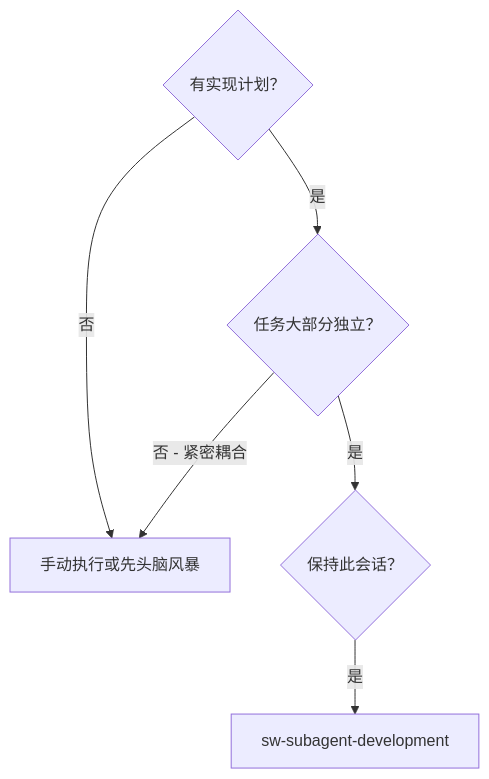
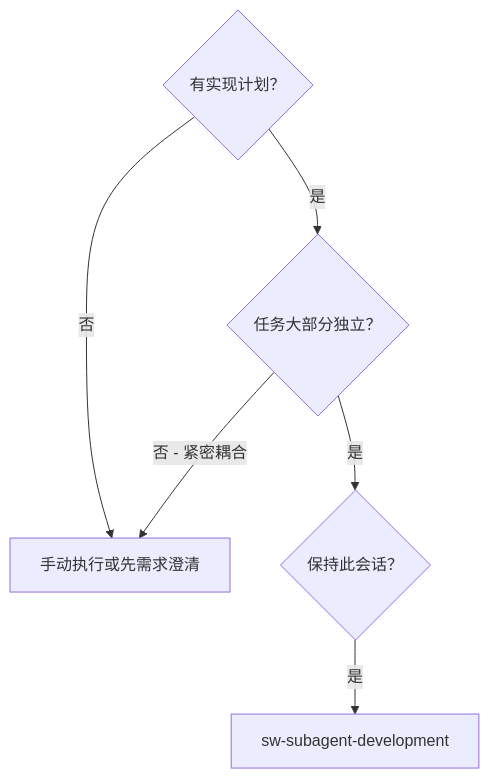
The first of 2 diagrams in sw-subagent-development/SKILL.md (vaycentsun/sw-agiledevelopment), drawn with Mermaid before and after one commit. The commit also changed 18 other files, not shown here.

````diff
--- a/sw-subagent-development/SKILL.md
+++ b/sw-subagent-development/SKILL.md
@@ -18,8 +18,8 @@
 ```mermaid
 flowchart TD
     A{有实现计划？} -->|是| B{任务大部分独立？}
-    A -->|否| C[手动执行或先头脑风暴]
+    A -->|否| C[手动执行或先需求澄清]
     B -->|是| D{保持此会话？}
     B -->|否 - 紧密耦合| C
     D -->|是| E[sw-subagent-development]
 ```
````
